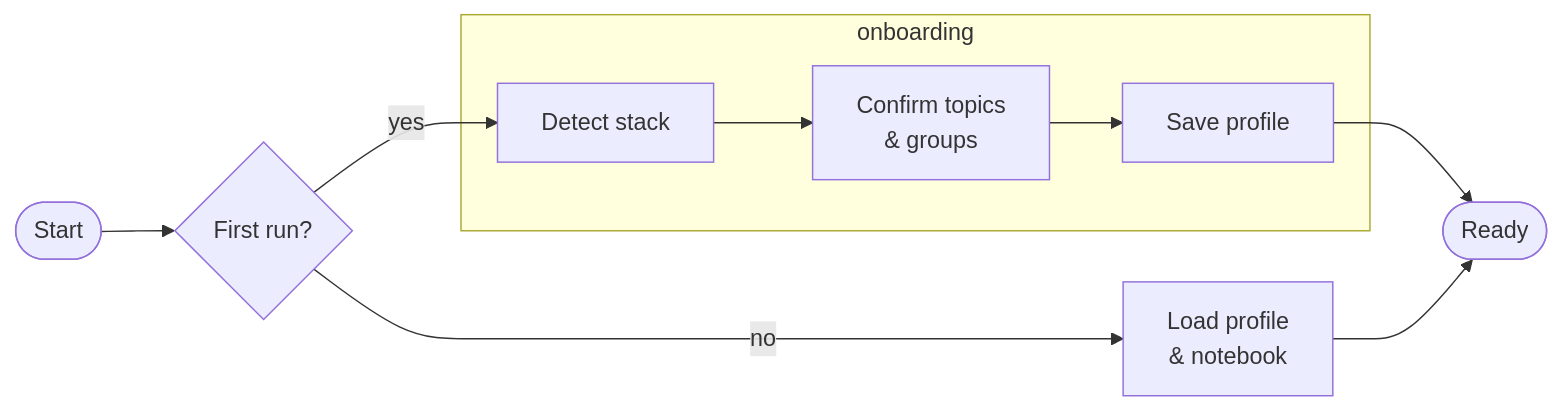
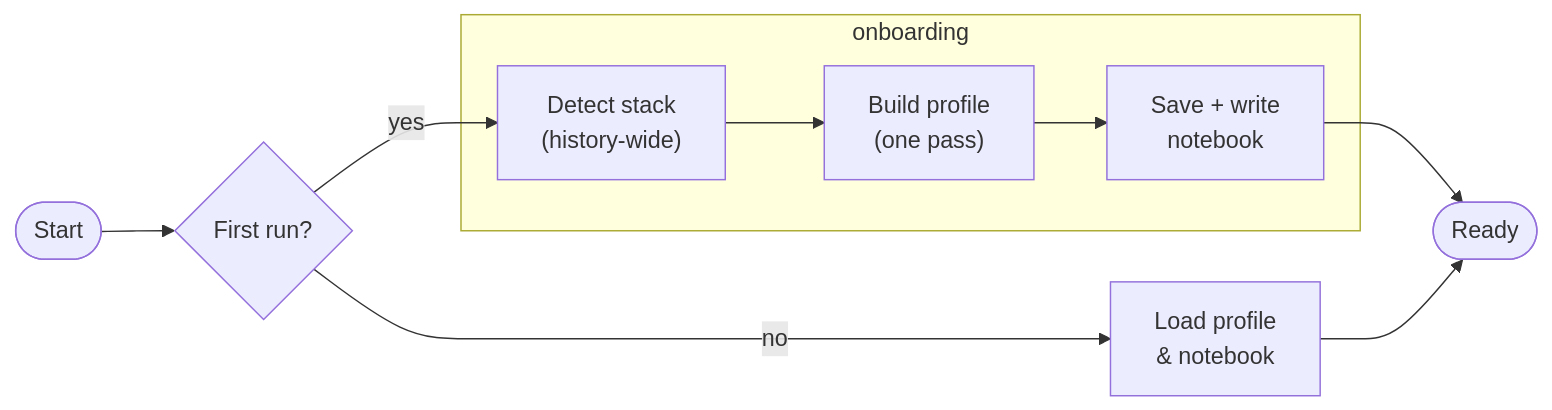
Before and after one commit to UltimaPhoenix/dev-coach: the first of 2 diagrams in docs/how-it-works.md, drawn with Mermaid. The commit also changed other lines of this file and 21 other files, not shown here.

````diff
--- a/docs/how-it-works.md
+++ b/docs/how-it-works.md
@@ -20,15 +21,15 @@
 ```mermaid
 flowchart LR
     A([Start]) --> B{First run?}
-    B -- yes --> C[Detect stack]
-    C --> D[Confirm topics\n& groups]
-    D --> E[Save profile]
-    B -- no --> F[Load profile\n& notebook]
+    B -- yes --> C["Detect stack<br/>(history-wide)"]
+    C --> D["Build profile<br/>(one pass)"]
+    D --> E["Save + write<br/>notebook"]
+    B -- no --> F["Load profile<br/>& notebook"]
     E & F --> G([Ready])
 
     subgraph onboarding["onboarding"]
         C
         D
         E
     end
 ```
````
